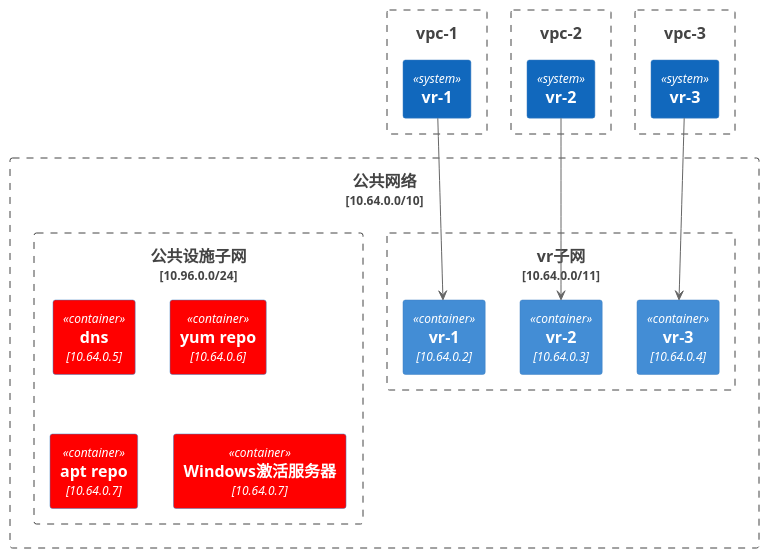
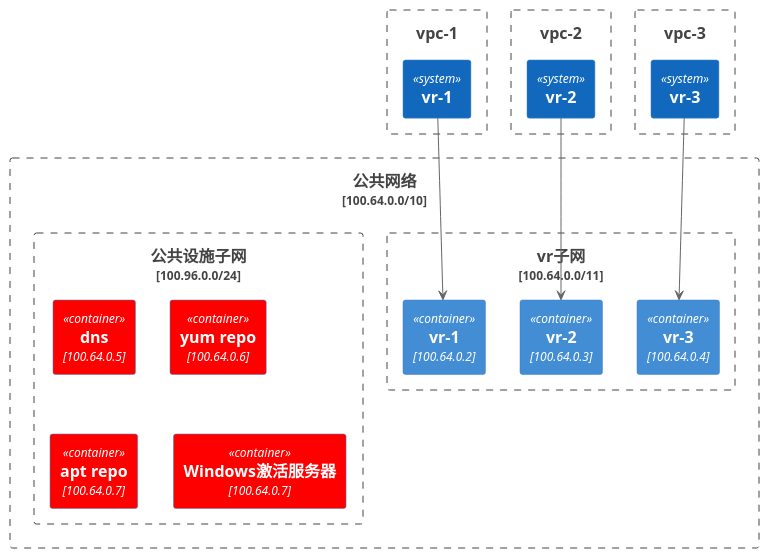
The second of 4 diagrams in 云与虚拟化/网络/中级知识/活用公共网络实现云托管服务/readme.md (gardenerframework/impatiens), drawn with PlantUML before and after one commit. The commit also changed other lines of this file, not shown here.

````diff
--- a/云与虚拟化/网络/中级知识/活用公共网络实现云托管服务/readme.md
+++ b/云与虚拟化/网络/中级知识/活用公共网络实现云托管服务/readme.md
@@ -33,30 +33,30 @@
 ```plantuml
 @startuml
 !include  https://plantuml.s3.cn-north-1.jdcloud-oss.com/C4_Container.puml
-Boundary(shared, 公共网络, 10.64.0.0/10) {
-    Boundary(vr子网, vr子网, 10.64.0.0/11) { 
-        Container(port1, vr-1, 10.64.0.2)
-        Container(port2, vr-2, 10.64.0.3)
-        Container(port3, vr-3, 10.64.0.4)
+Boundary(shared, 公共网络, 100.64.0.0/10) {
+    Boundary(vr子网, vr子网, 100.64.0.0/11) { 
+        Container(port1, vr-1, 100.64.0.2)
+        Container(port2, vr-2, 100.64.0.3)
+        Container(port3, vr-3, 100.64.0.4)
     }
-    Boundary(公共设施子网, 公共设施子网, 10.96.0.0/24) {
-        Container(dns, dns, 10.64.0.5) #red
-        Container(yum, yum repo, 10.64.0.6) #red
-        Container(apt, apt repo, 10.64.0.7) #red
-        Container(windows_server, Windows激活服务器, 10.64.0.7) #red
+    Boundary(公共设施子网, 公共设施子网, 100.96.0.0/24) {
+        Container(dns, dns, 100.64.0.5) #red
+        Container(yum, yum repo, 100.64.0.6) #red
+        Container(apt, apt repo, 100.64.0.7) #red
+        Container(windows_server, Windows激活服务器, 100.64.0.7) #red
     }
 }
 Boundary(vpc1, vpc-1) {
     System(router1, vr-1)
     router1 -d-> port1
 }
 Boundary(vpc2, vpc-2) {
     System(router2, vr-2)
     router2 -d-> port2
 }
 Boundary(vpc3, vpc-3) {
     System(router3, vr-3)
     router3 -d-> port3
 }
 @enduml
 ```
````
